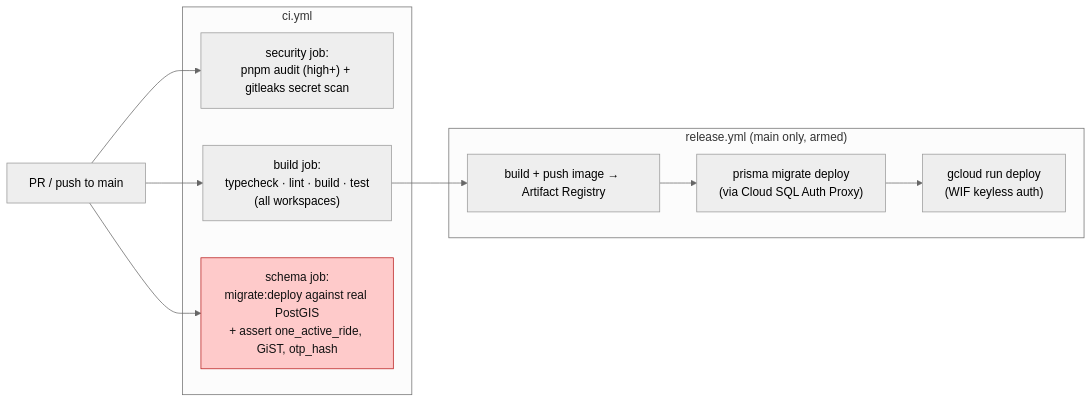
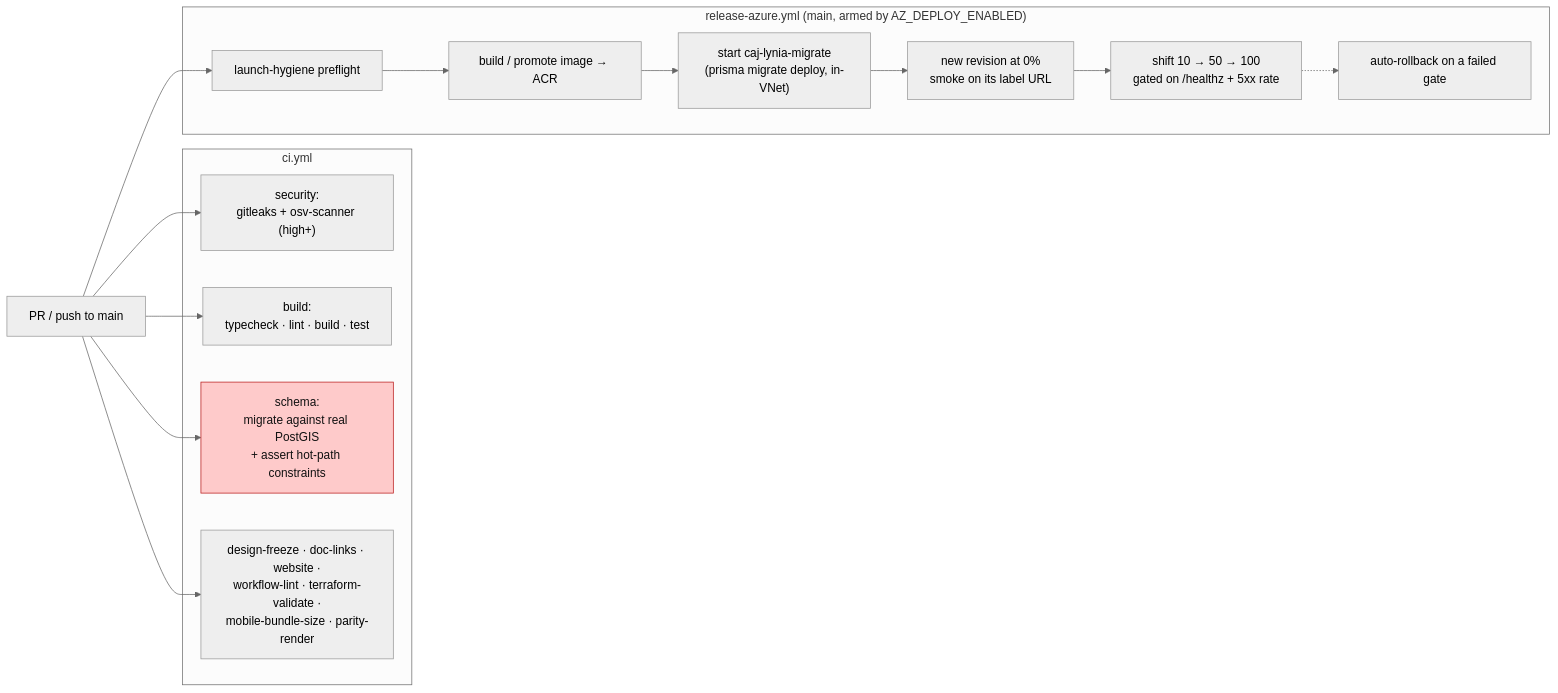
One commit to unnfazzed/Lynia changed diagram 17 of 17 in docs/ARCHITECTURE.md. Above: the diagram before and after it, drawn with Mermaid (neutral theme). The commit also changed other lines of this file and 64 other files, not shown here.

````diff
--- a/docs/ARCHITECTURE.md
+++ b/docs/ARCHITECTURE.md
@@ -1203,25 +1368,27 @@
 ```mermaid
 graph LR
     pr["PR / push to main"]
 
     subgraph ci["ci.yml"]
-        sec["security job:<br/>pnpm audit (high+) + gitleaks secret scan"]
-        build["build job:<br/>typecheck · lint · build · test<br/>(all workspaces)"]
-        schema["schema job:<br/>migrate:deploy against real PostGIS<br/>+ assert one_active_ride, GiST, otp_hash"]
+        sec["security:<br/>gitleaks + osv-scanner (high+)"]
+        build["build:<br/>typecheck · lint · build · test"]
+        schema["schema:<br/>migrate against real PostGIS<br/>+ assert hot-path constraints"]
+        guards["design-freeze · doc-links · website ·<br/>workflow-lint · terraform-validate ·<br/>mobile-bundle-size · parity-render"]
     end
 
-    subgraph rel["release.yml (main only, armed)"]
-        img["build + push image → Artifact Registry"]
-        mig["prisma migrate deploy<br/>(via Cloud SQL Auth Proxy)"]
-        dep["gcloud run deploy<br/>(WIF keyless auth)"]
+    subgraph rel["release-azure.yml (main, armed by AZ_DEPLOY_ENABLED)"]
+        pre["launch-hygiene preflight"]
+        img["build / promote image → ACR"]
+        mig["start caj-lynia-migrate<br/>(prisma migrate deploy, in-VNet)"]
+        rev["new revision at 0%<br/>smoke on its label URL"]
+        shift["shift 10 → 50 → 100<br/>gated on /healthz + 5xx rate"]
+        rb["auto-rollback on a failed gate"]
     end
 
-    pr --> sec
-    pr --> build
-    pr --> schema
-    build --> img
-    img --> mig --> dep
+    pr --> sec & build & schema & guards
+    pr --> pre --> img --> mig --> rev --> shift
+    shift -.-> rb
 
     classDef gate fill:#fecaca,stroke:#b91c1c,color:#111;
     class schema gate;
 ```
````
